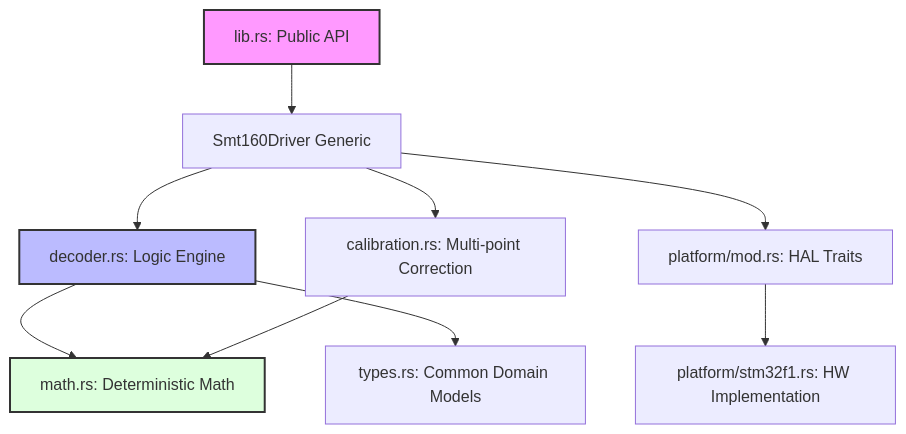
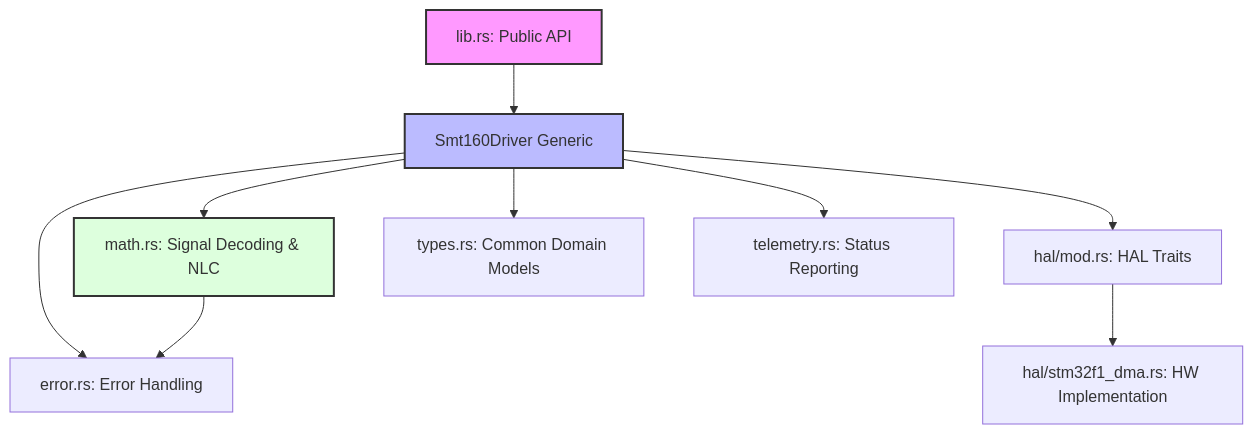
One commit to FaezBarghasa/smt160-driver changed the first of 2 diagrams in Architecture.md. Above: the diagram before and after it, drawn with Mermaid. The commit also changed other lines of this file and 2 other files, not shown here.

````diff
--- a/Architecture.md
+++ b/Architecture.md
@@ -11,27 +11,27 @@
 ```mermaid
 graph TD
     %% Define Nodes
     Entry[lib.rs: Public API]
     Core[Smt160Driver Generic]
-    Logic[decoder.rs: Logic Engine]
-    Math[math.rs: Deterministic Math]
-    Traits[platform/mod.rs: HAL Traits]
-    HW[platform/stm32f1.rs: HW Implementation]
-    Cal[calibration.rs: Multi-point Correction]
+    Math[math.rs: Signal Decoding & NLC]
+    Traits[hal/mod.rs: HAL Traits]
+    HW[hal/stm32f1_dma.rs: HW Implementation]
     Types[types.rs: Common Domain Models]
+    Error[error.rs: Error Handling]
+    Telemetry[telemetry.rs: Status Reporting]
 
     %% Relationships
     Entry --> Core
-    Core --> Logic
+    Core --> Math
     Core --> Traits
-    Logic --> Math
-    Logic --> Types
+    Core --> Types
+    Core --> Error
+    Core --> Telemetry
+    Math --> Error
     Traits --> HW
-    Core --> Cal
-    Cal --> Math
 
     %% Styling
     style Entry fill:#f9f,stroke:#333,stroke-width:2px
-    style Logic fill:#bbf,stroke:#333,stroke-width:2px
     style Math fill:#dfd,stroke:#333,stroke-width:2px
+    style Core fill:#bbf,stroke:#333,stroke-width:2px
 ```
````
